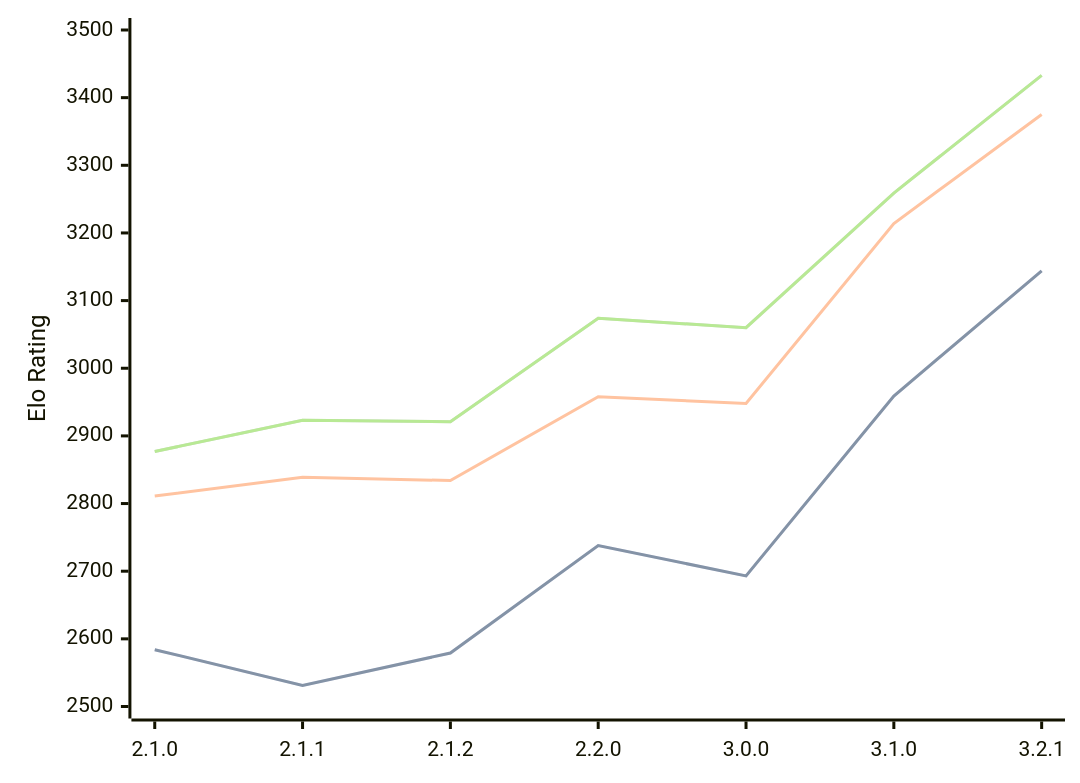
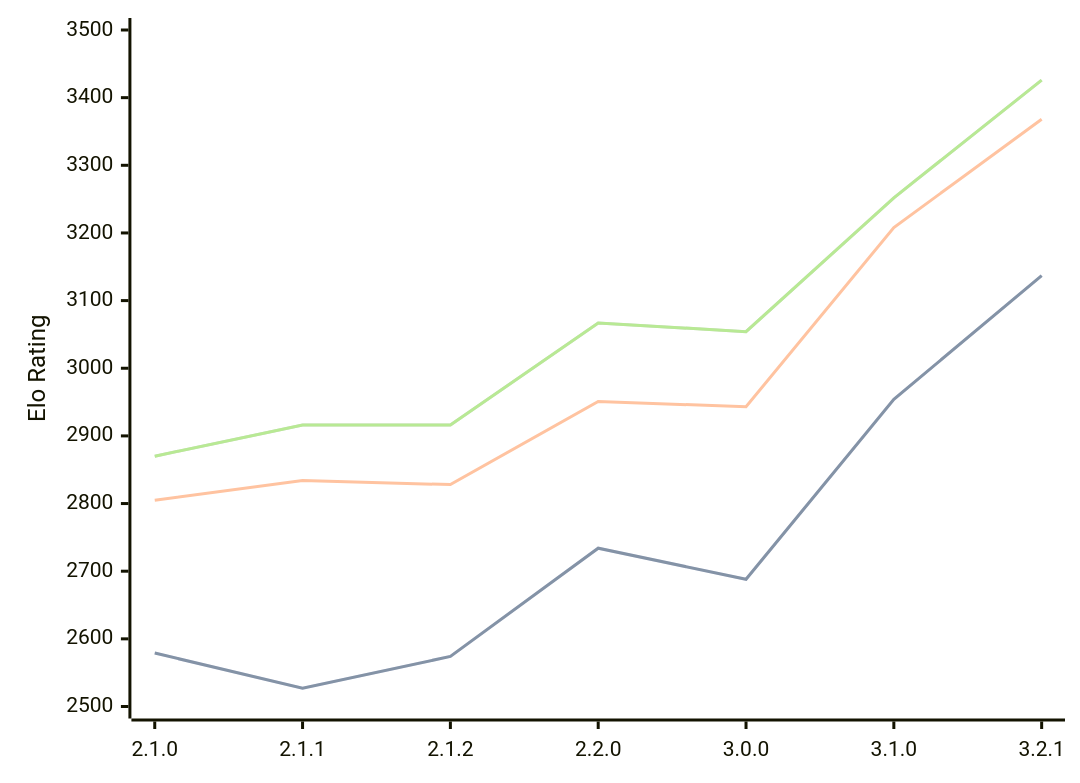
Before and after one commit to computer-chess-index/cci: the diagram in engines/Prune.md, drawn with Mermaid. The commit also changed other lines of this file, not shown here.

Commit message:
Update CCI Ratings (ELO VLTC) - 2026-05-18

````diff
--- a/engines/Prune.md
+++ b/engines/Prune.md
@@ -42,11 +42,11 @@
 ```mermaid
 %%{init: {"theme":"base","themeVariables":{"seriesColors:['#a3a3a3','#222221','#faa371']}}}%%
 xychart-beta
   x-axis ["2.1.0", "2.1.1", "2.1.2", "2.2.0", "3.0.0", "3.1.0", "3.2.1"]
   y-axis "Elo Rating" 2500 --> 3500
-  line "STC (8.0+0.08s)" [2584, 2531, 2579, 2738, 2693, 2959, 3144]
-  line "STC (8.0+0.08s)" [2584, 2531, 2579, 2738, 2693, 2959, 3144]
-  line "LTC (60.0+0.60s)" [2811, 2839, 2834, 2958, 2948, 3214, 3375]
-  line "VLTC (2m24s+1.12s)" [2877, 2923, 2921, 3074, 3060, 3259, 3433]
-  line "VLTC (2m24s+1.12s)" [2877, 2923, 2921, 3074, 3060, 3259, 3433]
+  line "STC (8.0+0.08s)" [2579, 2527, 2574, 2734, 2688, 2954, 3137]
+  line "STC (8.0+0.08s)" [2579, 2527, 2574, 2734, 2688, 2954, 3137]
+  line "LTC (60.0+0.60s)" [2805, 2834, 2828, 2951, 2943, 3208, 3368]
+  line "VLTC (2m24s+1.12s)" [2870, 2916, 2916, 3067, 3054, 3252, 3426]
+  line "VLTC (2m24s+1.12s)" [2870, 2916, 2916, 3067, 3054, 3252, 3426]
 ```
````
